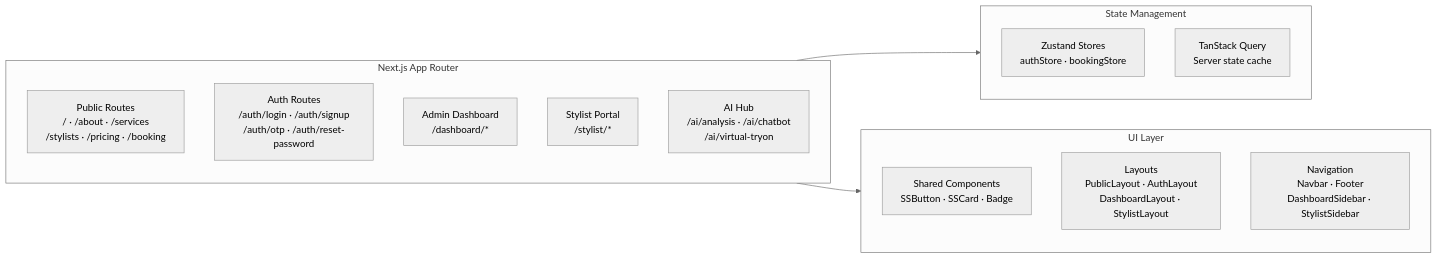
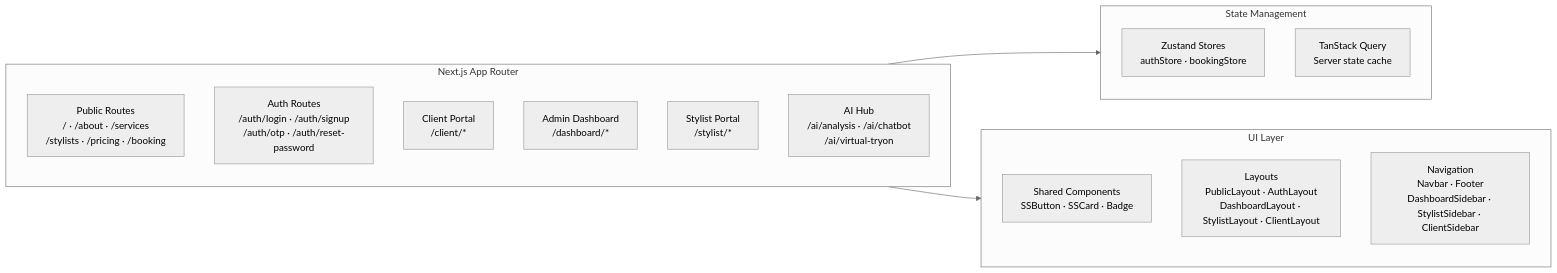
The second of 11 diagrams in README.md (Aakashwije/stylesense), drawn with Mermaid (neutral theme) before and after one commit. The commit also changed other lines of this file, not shown here.

First line of the commit message:
Add Client Dashboard docs and structure

````diff
--- a/README.md
+++ b/README.md
@@ -142,27 +143,28 @@
 ```mermaid
 graph LR
     subgraph App["Next.js App Router"]
         direction TB
         Public["Public Routes<br/>/ · /about · /services<br/>/stylists · /pricing · /booking"]
         Auth["Auth Routes<br/>/auth/login · /auth/signup<br/>/auth/otp · /auth/reset-password"]
+        ClientPortal["Client Portal<br/>/client/*"]
         AdminDash["Admin Dashboard<br/>/dashboard/*"]
         StylistPortal["Stylist Portal<br/>/stylist/*"]
         AIHub["AI Hub<br/>/ai/analysis · /ai/chatbot<br/>/ai/virtual-tryon"]
     end
 
     subgraph State["State Management"]
         direction TB
         Zustand["Zustand Stores<br/>authStore · bookingStore"]
         ReactQuery["TanStack Query<br/>Server state cache"]
     end
 
     subgraph UILayer["UI Layer"]
         direction TB
         Components["Shared Components<br/>SSButton · SSCard · Badge"]
-        Layouts["Layouts<br/>PublicLayout · AuthLayout<br/>DashboardLayout · StylistLayout"]
-        Nav["Navigation<br/>Navbar · Footer<br/>DashboardSidebar · StylistSidebar"]
+        Layouts["Layouts<br/>PublicLayout · AuthLayout<br/>DashboardLayout · StylistLayout · ClientLayout"]
+        Nav["Navigation<br/>Navbar · Footer<br/>DashboardSidebar · StylistSidebar · ClientSidebar"]
     end
 
     App --> State
     App --> UILayer
 ```
````
